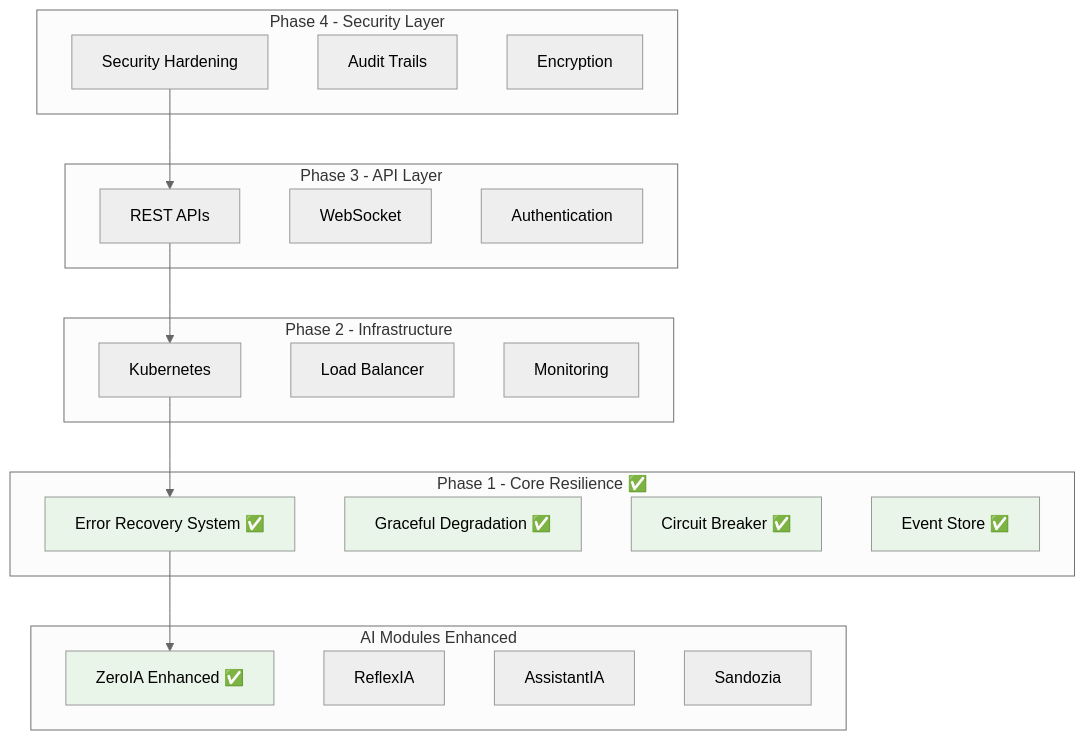
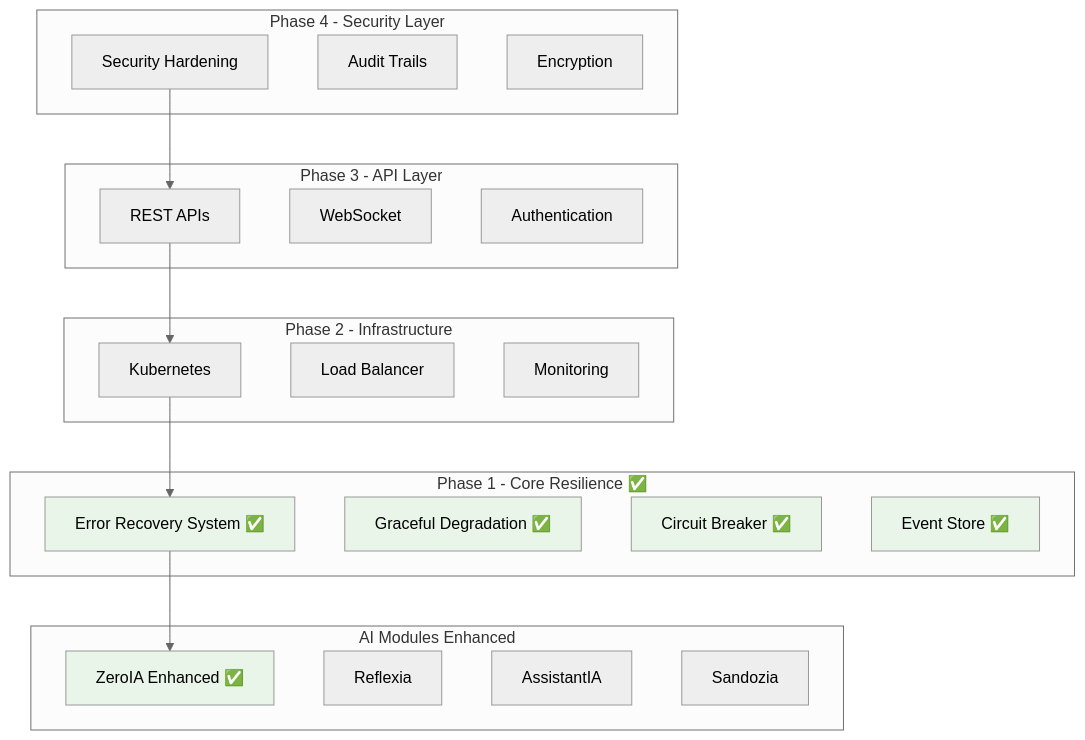
One commit to athalia-siwek/arkalia-luna-pro changed the second of 2 diagrams in docs/planning/roadmap/index.md. Above: the diagram before and after it, drawn with Mermaid (neutral theme). The commit also changed other lines of this file and 103 other files, not shown here.

````diff
--- a/docs/planning/roadmap/index.md
+++ b/docs/planning/roadmap/index.md
@@ -196,45 +196,45 @@
 ```mermaid
 graph TB
     subgraph "Phase 4 - Security Layer"
         SEC[Security Hardening]
         AUDIT[Audit Trails]
         ENCRYPT[Encryption]
     end
 
     subgraph "Phase 3 - API Layer"
         REST[REST APIs]
         WS[WebSocket]
         AUTH[Authentication]
     end
 
     subgraph "Phase 2 - Infrastructure"
         K8S[Kubernetes]
         LB[Load Balancer]
         MON[Monitoring]
     end
 
     subgraph "Phase 1 - Core Resilience ✅"
         ER[Error Recovery System ✅]
         GD[Graceful Degradation ✅]
         CB[Circuit Breaker ✅]
         ES[Event Store ✅]
     end
 
     subgraph "AI Modules Enhanced"
         ZIA[ZeroIA Enhanced ✅]
-        REF[ReflexIA]
+        REF[Reflexia]
         ASS[AssistantIA]
         SAN[Sandozia]
     end
 
     SEC --> REST
     REST --> K8S
     K8S --> ER
     ER --> ZIA
 
     style ER fill:#e8f5e8
     style GD fill:#e8f5e8
     style CB fill:#e8f5e8
     style ES fill:#e8f5e8
     style ZIA fill:#e8f5e8
 ```
````
